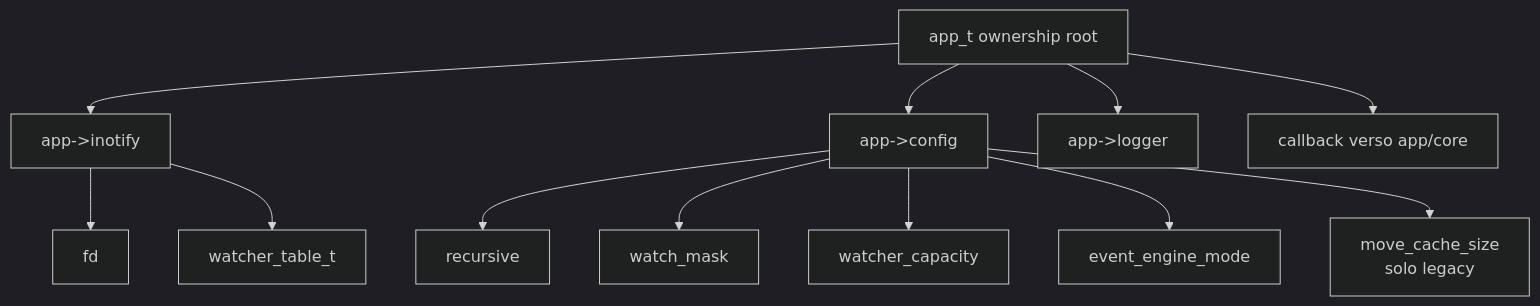
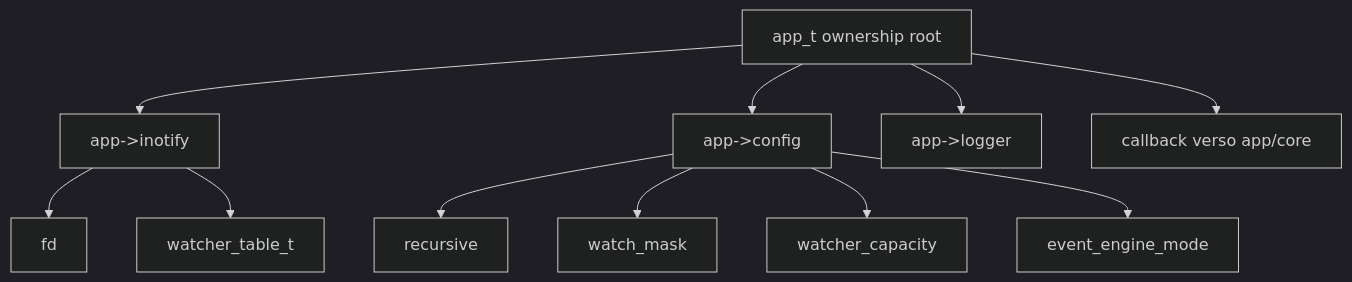
The sixth of 17 diagrams in docs/it/16-mappa-codice-e-strutture.md (kinderp/alfred), drawn with Mermaid (dark theme) before and after one commit. The commit also changed other lines of this file and 25 other files, not shown here.

````diff
--- a/docs/it/16-mappa-codice-e-strutture.md
+++ b/docs/it/16-mappa-codice-e-strutture.md
@@ -228,15 +228,14 @@
 ```mermaid
 flowchart TD
     A["app_t ownership root"] --> B["app->inotify"]
     A --> C["app->config"]
     A --> D["app->logger"]
     A --> E["callback verso app/core"]
 
     B --> B1["fd"]
     B --> B2["watcher_table_t"]
     C --> C1["recursive"]
     C --> C2["watch_mask"]
     C --> C3["watcher_capacity"]
     C --> C4["event_engine_mode"]
-    C --> C5["move_cache_size<br/>solo legacy"]
 ```
````
